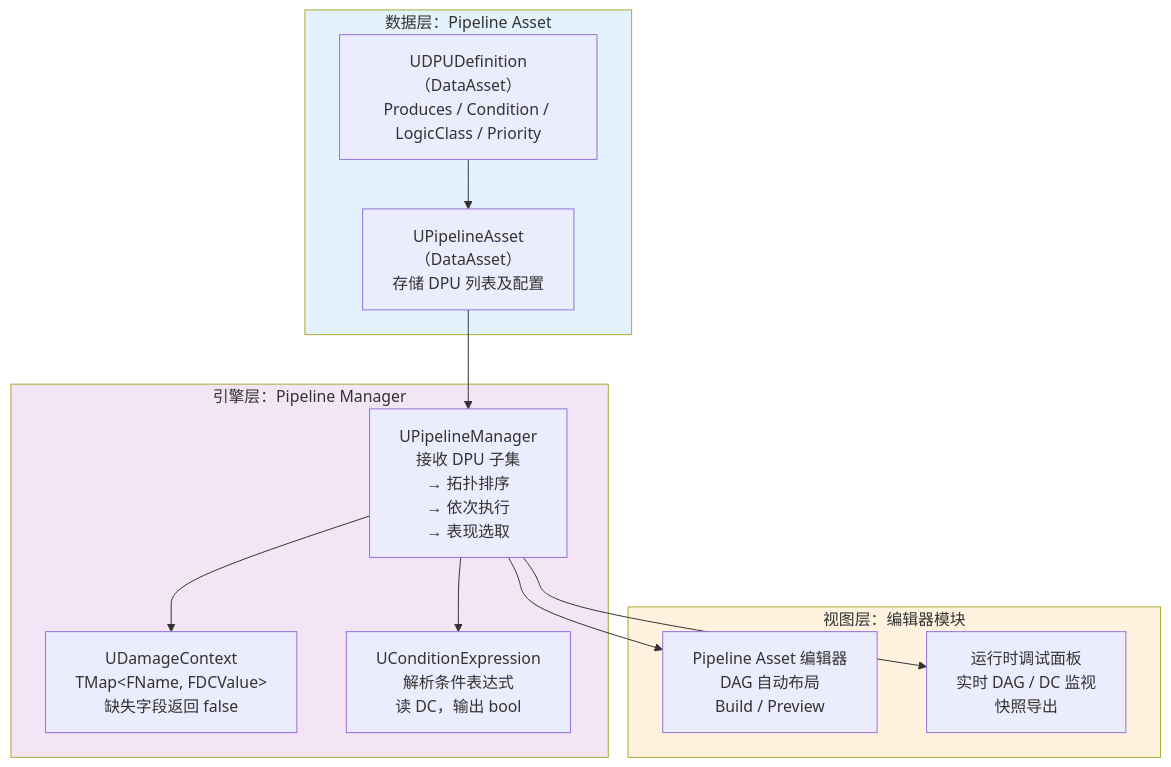
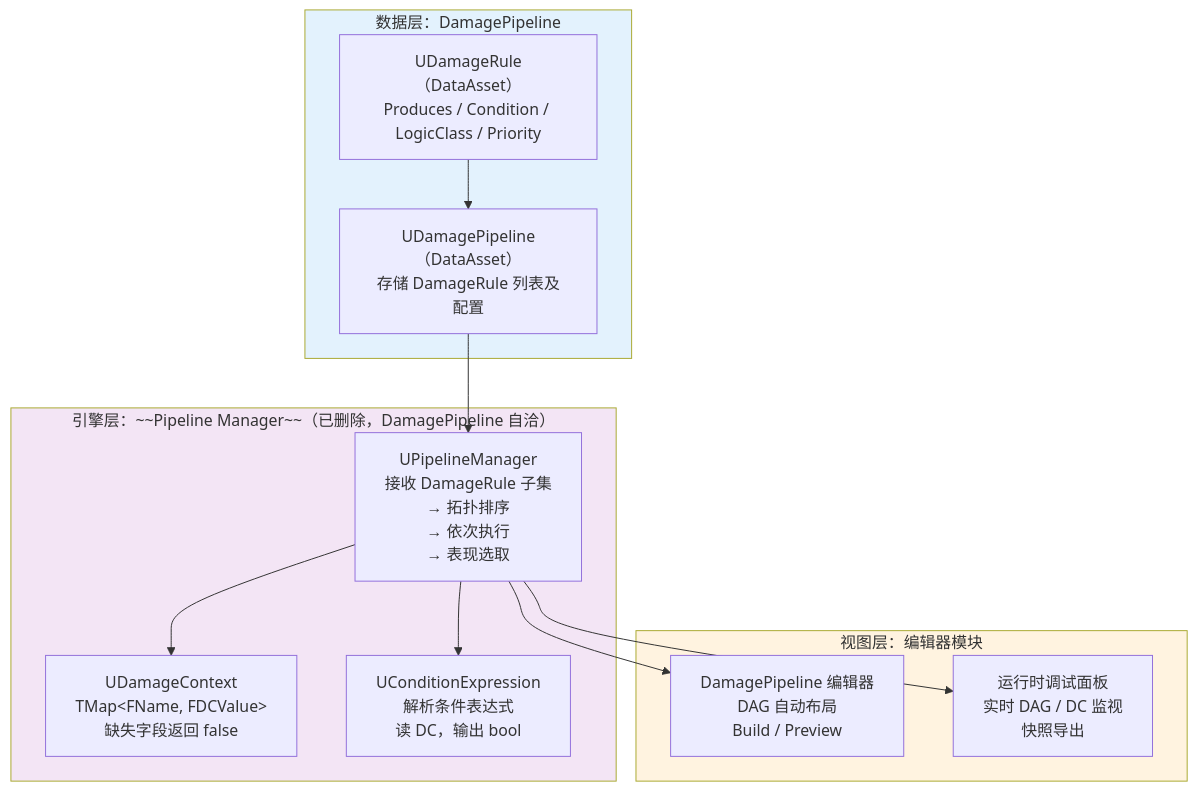
Before and after one commit to ZiJinZiMing/SagaStats: the fourth of 9 diagrams in doc/damagePipeline/架构设计.md, drawn with Mermaid. The commit also changed other lines of this file and 85 other files, not shown here.

````diff
--- a/doc/damagePipeline/架构设计.md
+++ b/doc/damagePipeline/架构设计.md
@@ -255,29 +255,29 @@
 ```mermaid
 graph TB
-    subgraph 数据层["数据层：Pipeline Asset"]
-        PA["UPipelineAsset<br/>（DataAsset）<br/>存储 DPU 列表及配置"]
-        DD["UDPUDefinition<br/>（DataAsset）<br/>Produces / Condition / LogicClass / Priority"]
+    subgraph 数据层["数据层：DamagePipeline"]
+        PA["UDamagePipeline<br/>（DataAsset）<br/>存储 DamageRule 列表及配置"]
+        DD["UDamageRule<br/>（DataAsset）<br/>Produces / Condition / LogicClass / Priority"]
     end
 
-    subgraph 引擎层["引擎层：Pipeline Manager"]
-        PM["UPipelineManager<br/>接收 DPU 子集<br/>→ 拓扑排序<br/>→ 依次执行<br/>→ 表现选取"]
+    subgraph 引擎层["引擎层：~~Pipeline Manager~~（已删除，DamagePipeline 自洽）"]
+        PM["UPipelineManager<br/>接收 DamageRule 子集<br/>→ 拓扑排序<br/>→ 依次执行<br/>→ 表现选取"]
         DC["UDamageContext<br/>TMap&lt;FName, FDCValue&gt;<br/>缺失字段返回 false"]
         CE["UConditionExpression<br/>解析条件表达式<br/>读 DC，输出 bool"]
     end
 
     subgraph 视图层["视图层：编辑器模块"]
-        ED["Pipeline Asset 编辑器<br/>DAG 自动布局<br/>Build / Preview"]
+        ED["DamagePipeline 编辑器<br/>DAG 自动布局<br/>Build / Preview"]
         DBG["运行时调试面板<br/>实时 DAG / DC 监视<br/>快照导出"]
     end
 
     PA --> PM
     DD --> PA
     PM --> DC
     PM --> CE
     PM --> ED
     PM --> DBG
 
     style 数据层 fill:#e3f2fd
     style 引擎层 fill:#f3e5f5
     style 视图层 fill:#fff3e0
 ```
````
